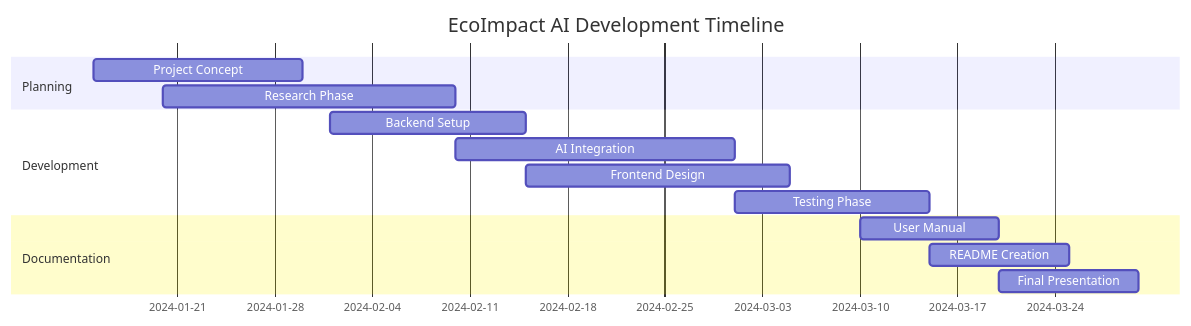
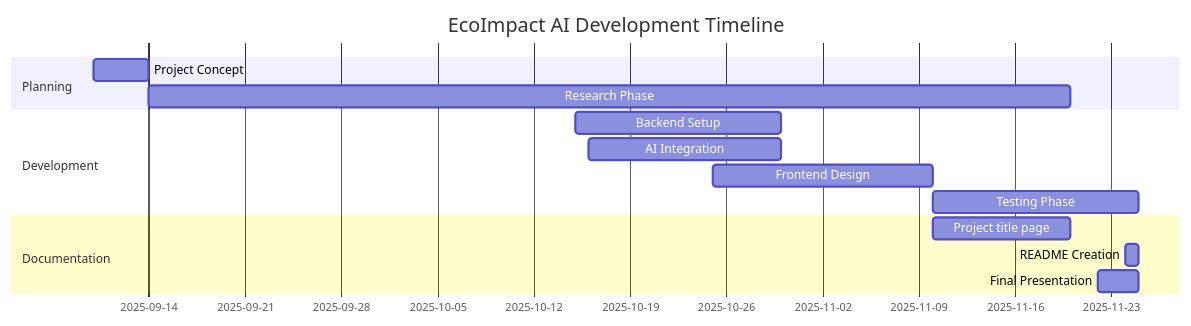
Before and after one commit to Ping-2o/daryn: the tenth of 13 diagrams in README.md, drawn with Mermaid. The commit also changed other lines of this file, not shown here.

Commit message:
Revise project timeline and metrics in README
Updated project timeline and key statistics in README

````diff
--- a/README.md
+++ b/README.md
@@ -482,17 +482,17 @@
 ```mermaid
 gantt
     title EcoImpact AI Development Timeline
     dateFormat YYYY-MM-DD
     section Planning
-        Project Concept    :2024-01-15, 2024-01-30
-        Research Phase     :2024-01-20, 2024-02-10
+        Project Concept    :2025-09-10, 2025-09-14
+        Research Phase     :2025-09-14, 2025-11-20
     section Development
-        Backend Setup      :2024-02-01, 2024-02-15
-        AI Integration     :2024-02-10, 2024-03-01
-        Frontend Design    :2024-02-15, 2024-03-05
-        Testing Phase      :2024-03-01, 2024-03-15
+        Backend Setup      :2025-10-15, 2025-10-30
+        AI Integration     :2025-10-16, 2025-10-30
+        Frontend Design    :2025-10-25, 2025-11-10
+        Testing Phase      :2025-11-10, 2025-11-25
     section Documentation
-        User Manual        :2024-03-10, 2024-03-20
-        README Creation    :2024-03-15, 2024-03-25
-        Final Presentation :2024-03-20, 2024-03-30
+        Project title page :2025-11-10, 2025-11-20
+        README Creation    :2025-11-24, 2025-11-25
+        Final Presentation :2025-11-22, 2025-11-25
 ```
````
